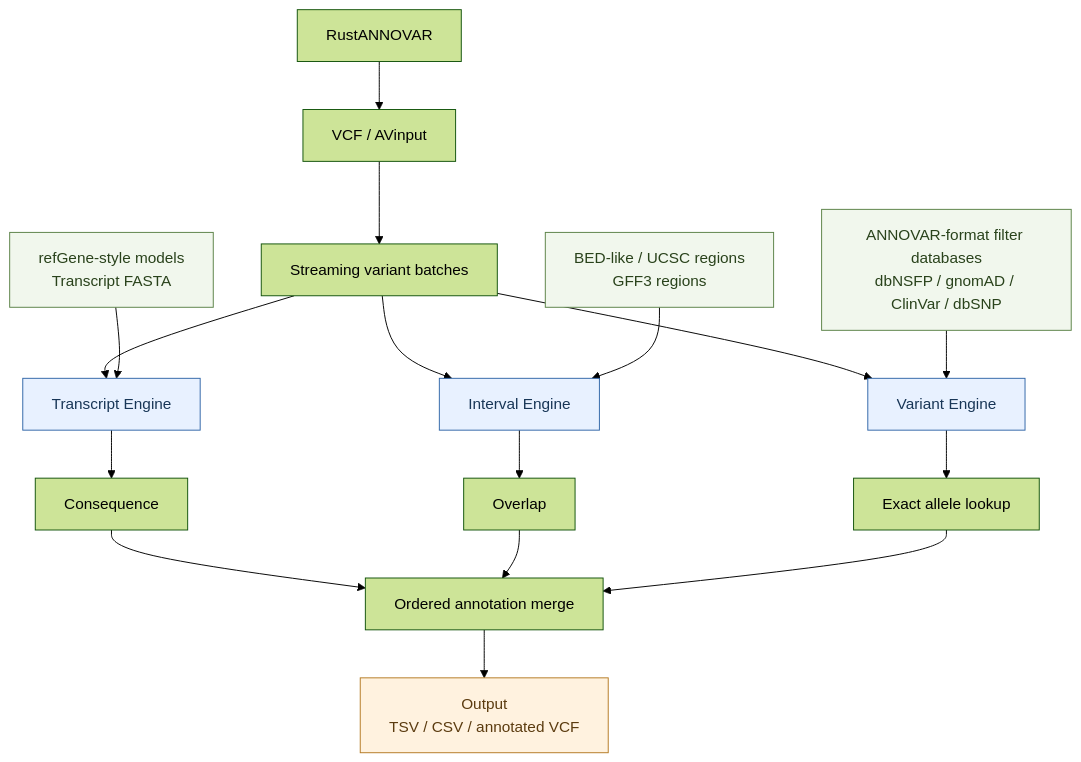
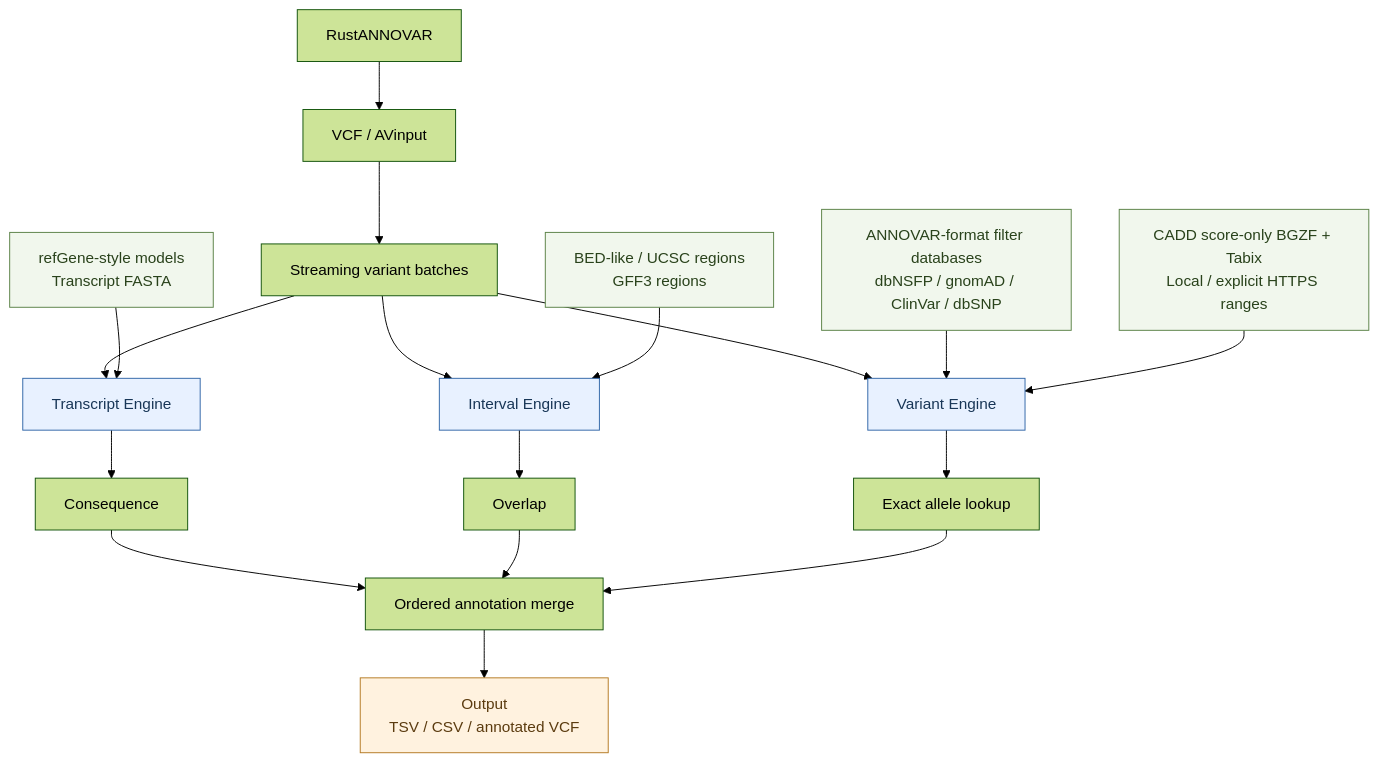
The first of 2 diagrams in ARCHITECTURE.md (ydlongtao/RustAnnovar), drawn with Mermaid (forest theme) before and after one commit. The commit also changed 15 other files, not shown here.

Commit message:
Integrate CADD SNV scores with native Tabix and HTTP range queries

````diff
--- a/ARCHITECTURE.md
+++ b/ARCHITECTURE.md
@@ -9,24 +9,25 @@
 ```mermaid
 flowchart TB
     R["RustANNOVAR"] --> I["VCF / AVinput"]
     I --> B["Streaming variant batches"]
     B --> T["Transcript Engine"]
     B --> N["Interval Engine"]
     B --> V["Variant Engine"]
     TD["refGene-style models<br/>Transcript FASTA"] --> T
     ND["BED-like / UCSC regions<br/>GFF3 regions"] --> N
     VD["ANNOVAR-format filter databases<br/>dbNSFP / gnomAD / ClinVar / dbSNP"] --> V
+    CA["CADD score-only BGZF + Tabix<br/>Local / explicit HTTPS ranges"] --> V
     T --> C["Consequence"]
     N --> O["Overlap"]
     V --> L["Exact allele lookup"]
     C --> M["Ordered annotation merge"]
     O --> M
     L --> M
     M --> W["Output<br/>TSV / CSV / annotated VCF"]
     classDef engine fill:#e8f1ff,stroke:#3167a8,color:#183657;
     classDef data fill:#f1f7ed,stroke:#5b8247,color:#29421b;
     classDef output fill:#fff2df,stroke:#b57b24,color:#5b3b0f;
     class T,N,V engine;
-    class TD,ND,VD data;
+    class TD,ND,VD,CA data;
     class W output;
 ```
````
